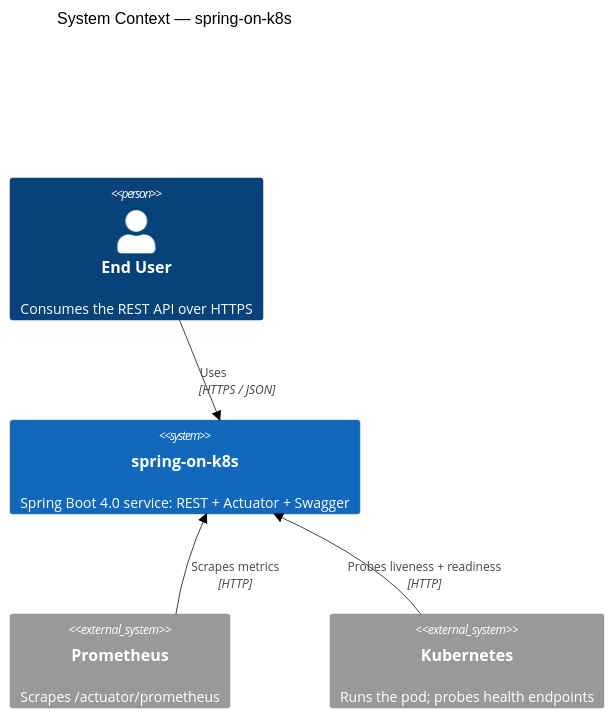
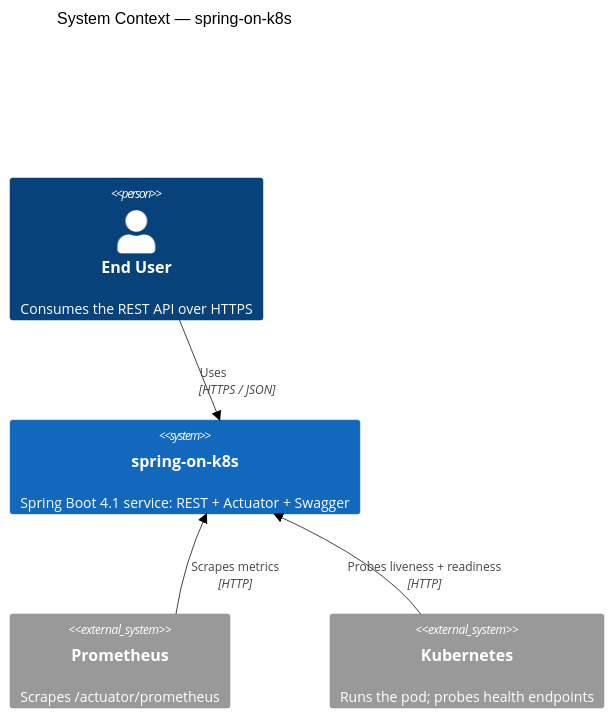
Before and after one commit to AndriyKalashnykov/spring-on-k8s: the first of 3 diagrams in README.md, drawn with Mermaid (forest theme). The commit also changed other lines of this file and 6 other files, not shown here.

````diff
--- a/README.md
+++ b/README.md
@@ -10,15 +10,15 @@
 ```mermaid
 C4Context
   title System Context — spring-on-k8s
 
   Person(user, "End User", "Consumes the REST API over HTTPS")
-  System(sys, "spring-on-k8s", "Spring Boot 4.0 service: REST + Actuator + Swagger")
+  System(sys, "spring-on-k8s", "Spring Boot 4.1 service: REST + Actuator + Swagger")
   System_Ext(prom, "Prometheus", "Scrapes /actuator/prometheus")
   System_Ext(k8s, "Kubernetes", "Runs the pod; probes health endpoints")
 
   Rel(user, sys, "Uses", "HTTPS / JSON")
   Rel(prom, sys, "Scrapes metrics", "HTTP")
   Rel(k8s, sys, "Probes liveness + readiness", "HTTP")
 
   UpdateLayoutConfig($c4ShapeInRow="2")
 ```
````
